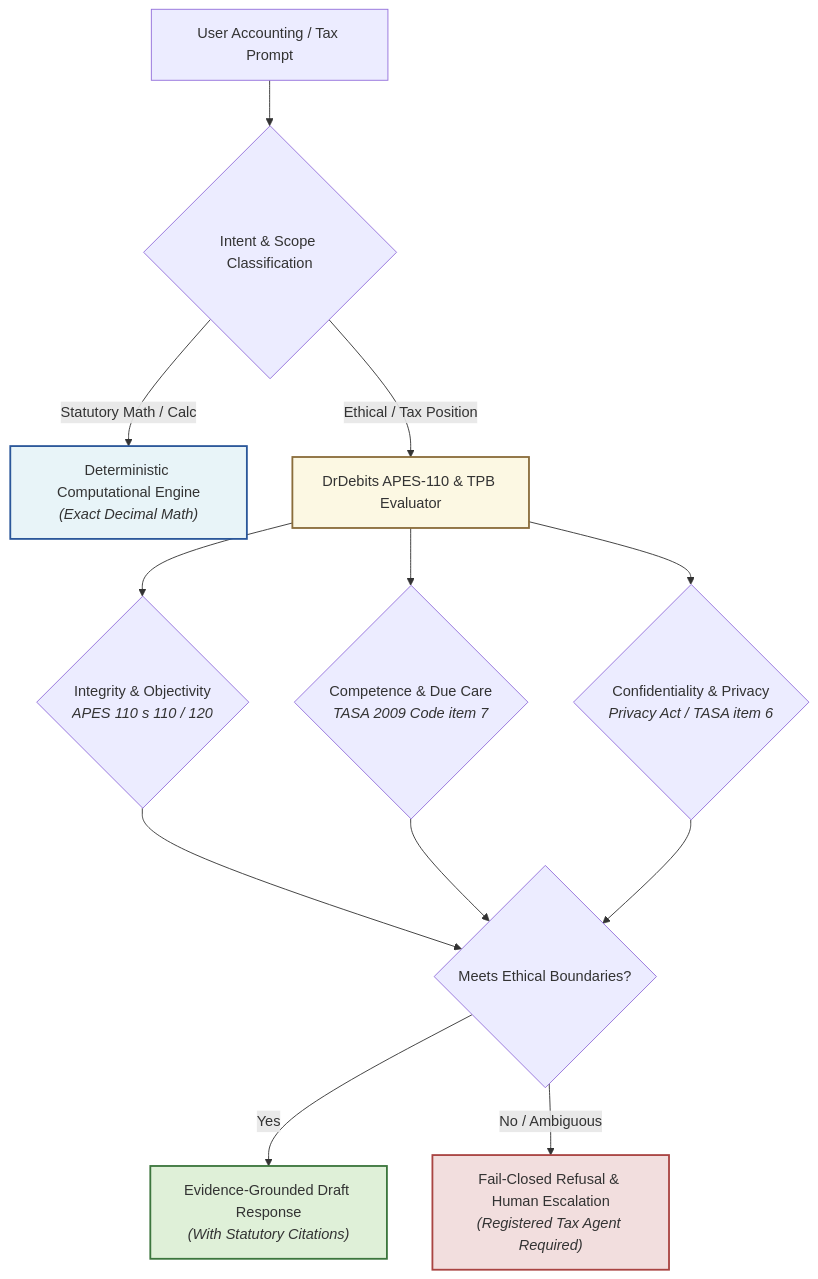
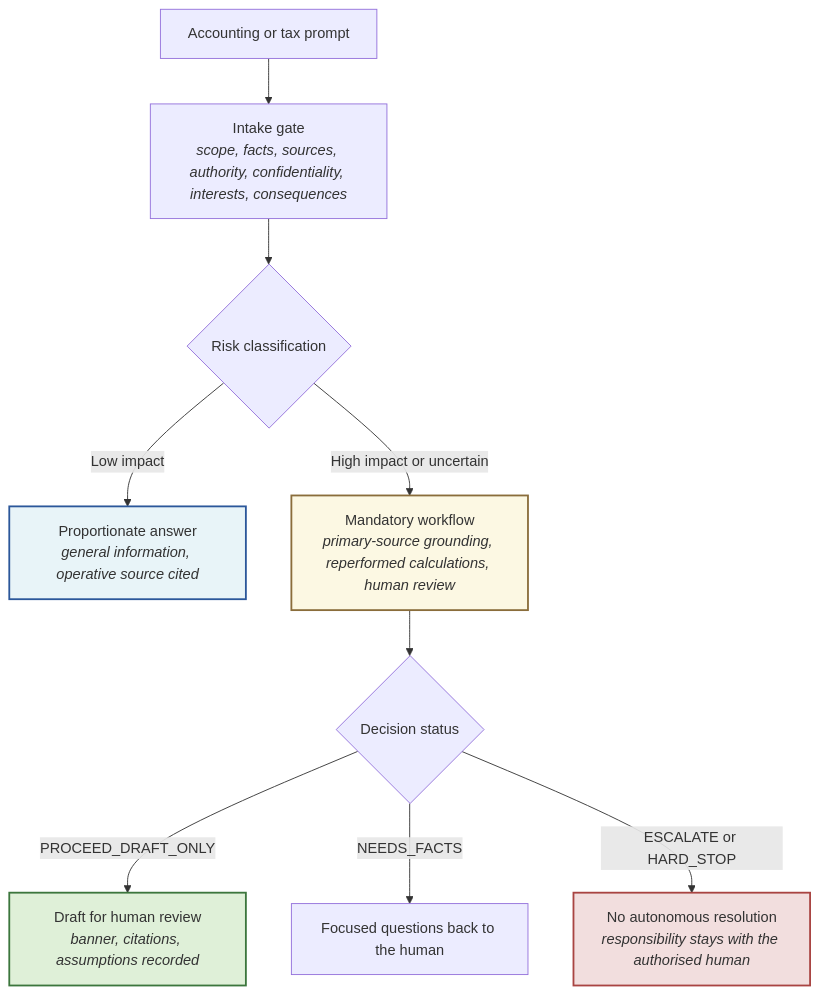
One commit to ryanduguid/DrDebits changed the diagram in README.md. Above: the diagram before and after it, drawn with Mermaid. The commit also changed other lines of this file and 19 other files, not shown here.

````diff
--- a/README.md
+++ b/README.md
@@ -42,21 +43,18 @@
 ```mermaid
 flowchart TD
-    Prompt["User Accounting / Tax Prompt"] --> Intent{"Intent & Scope Classification"}
-    
-    Intent -->|Statutory Math / Calc| Engine["Deterministic Computational Engine<br/><i>(Exact Decimal Math)</i>"]
-    Intent -->|Ethical / Tax Position| Eval["DrDebits APES-110 & TPB Evaluator"]
-    
-    Eval --> Principle1{"Integrity & Objectivity<br/><i>APES 110 s 110 / 120</i>"}
-    Eval --> Principle2{"Competence & Due Care<br/><i>TASA 2009 Code item 7</i>"}
-    Eval --> Principle3{"Confidentiality & Privacy<br/><i>Privacy Act / TASA item 6</i>"}
-    
-    Principle1 & Principle2 & Principle3 --> Safe{"Meets Ethical Boundaries?"}
-    
-    Safe -->|Yes| Output["Evidence-Grounded Draft Response<br/><i>(With Statutory Citations)</i>"]
-    Safe -->|No / Ambiguous| Escalate["Fail-Closed Refusal & Human Escalation<br/><i>(Registered Tax Agent Required)</i>"]
-    
-    style Engine fill:#e8f4f8,stroke:#2b579a,stroke-width:2px
-    style Eval fill:#fcf8e3,stroke:#8a6d3b,stroke-width:2px
-    style Output fill:#dff0d8,stroke:#3c763d,stroke-width:2px
-    style Escalate fill:#f2dede,stroke:#a94442,stroke-width:2px
+    Prompt["Accounting or tax prompt"] --> Gate["Intake gate<br/><i>scope, facts, sources, authority, confidentiality, interests, consequences</i>"]
+    Gate --> Risk{"Risk classification"}
+
+    Risk -->|"Low impact"| Prop["Proportionate answer<br/><i>general information, operative source cited</i>"]
+    Risk -->|"High impact or uncertain"| Flow["Mandatory workflow<br/><i>primary-source grounding, reperformed calculations, human review</i>"]
+
+    Flow --> Status{"Decision status"}
+    Status -->|"PROCEED_DRAFT_ONLY"| Draft["Draft for human review<br/><i>banner, citations, assumptions recorded</i>"]
+    Status -->|"NEEDS_FACTS"| Facts["Focused questions back to the human"]
+    Status -->|"ESCALATE or HARD_STOP"| Stop["No autonomous resolution<br/><i>responsibility stays with the authorised human</i>"]
+
+    style Prop fill:#e8f4f8,stroke:#2b579a,stroke-width:2px
+    style Flow fill:#fcf8e3,stroke:#8a6d3b,stroke-width:2px
+    style Draft fill:#dff0d8,stroke:#3c763d,stroke-width:2px
+    style Stop fill:#f2dede,stroke:#a94442,stroke-width:2px
 ```
````
